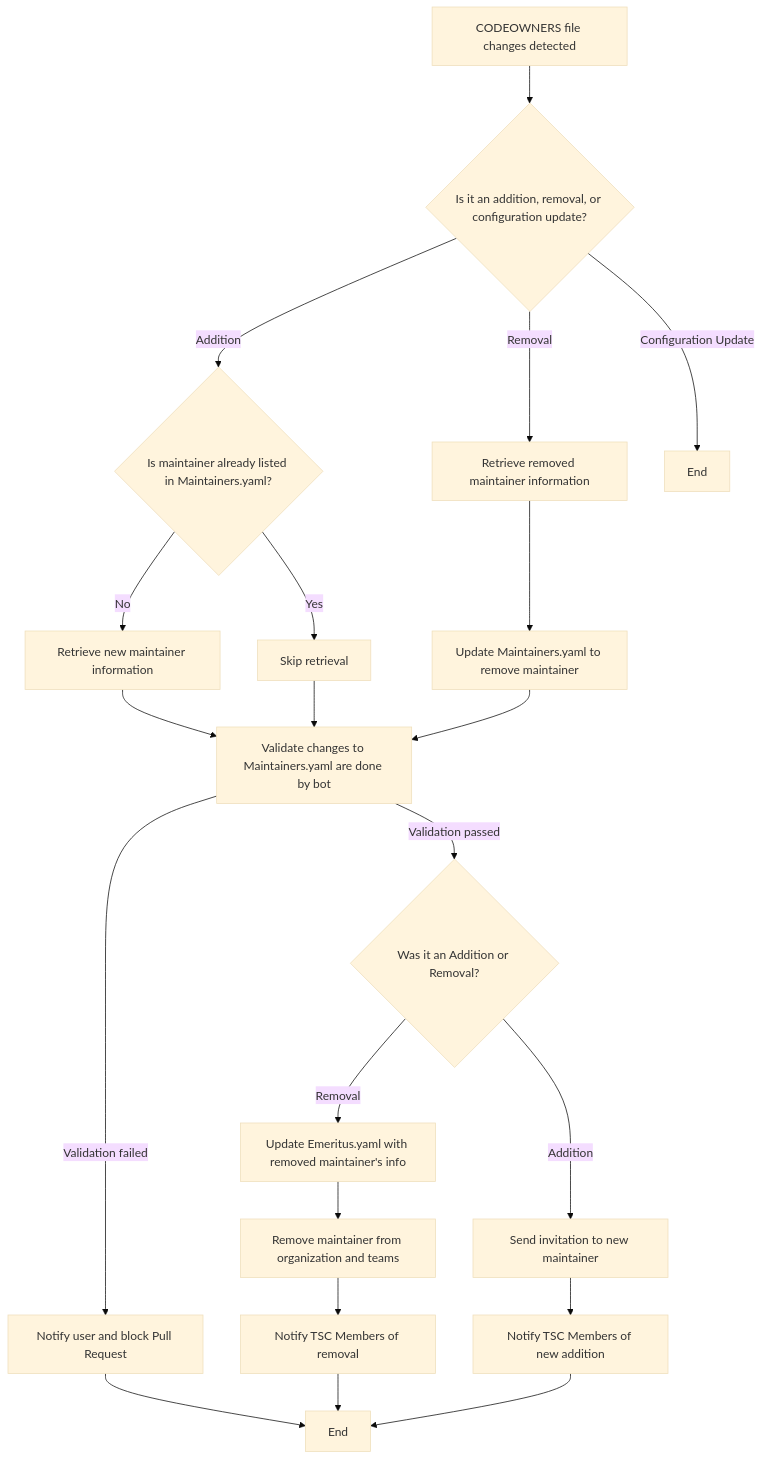
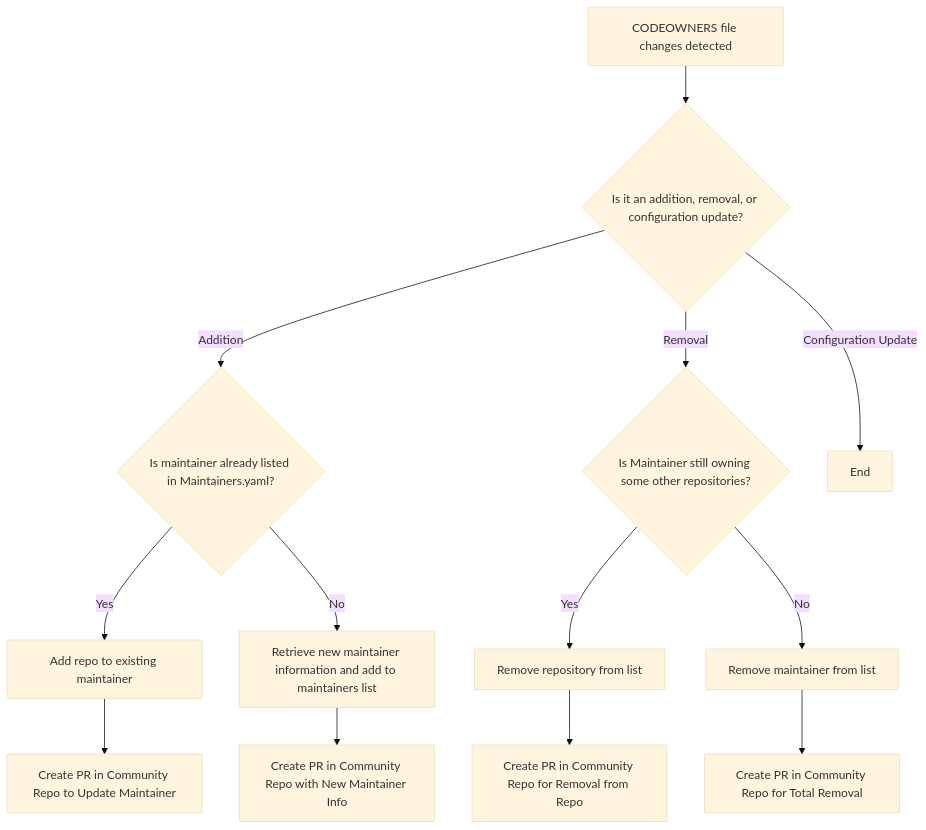
Diagram 11 of 12 in mentorship/summerofcode/2023/workflowautomation/README.md (asyncapi/community), drawn with Mermaid (base theme) before and after one commit.

Commit message:
minor fix in last flowchart

````diff
--- a/mentorship/summerofcode/2023/workflowautomation/README.md
+++ b/mentorship/summerofcode/2023/workflowautomation/README.md
@@ -216,31 +216,20 @@
 ```mermaid
 graph TD;
 A[CODEOWNERS file changes detected] --> B{Is it an addition, removal, or configuration update?};
 
 B --> |Addition| C{Is maintainer already listed in Maintainers.yaml?};
-B --> |Removal| D1[Retrieve removed maintainer information];
+B --> |Removal| R{Is Maintainer still owning some other repositories?};
 B --> |Configuration Update| X[End];
 
-C --> |No| C1[Retrieve new maintainer information];
-C --> |Yes| C2[Skip retrieval];
+C --> |Yes| C1[Add repo to existing maintainer];
+C --> |No| C2[Retrieve new maintainer information and add to maintainers list];
 
-C1 --> E[Validate changes to Maintainers.yaml are done by bot];
-C2 --> E;
+C1 --> PR2[Create PR in Community Repo to Update Maintainer];
+C2 --> PR3[Create PR in Community Repo with New Maintainer Info];
 
-D1 --> D2[Update Maintainers.yaml to remove maintainer];
-D2 --> E;
+R --> |Yes| R1[Remove repository from list];
+R --> |No| R2[Remove maintainer from list];
 
-E --> |Validation failed| F[Notify user and block Pull Request];
-E --> |Validation passed| G{Was it an Addition or Removal?};
-
-G --> |Addition| H[Send invitation to new maintainer];
-H --> I[Notify TSC Members of new addition];
-
-G --> |Removal| J1[Update Emeritus.yaml with removed maintainer's info];
-J1 --> J2[Remove maintainer from organization and teams];
-J2 --> J3[Notify TSC Members of removal];
-
-F --> K[End];
-J3 --> K;
-I --> K;
+R1 --> PR4[Create PR in Community Repo for Removal from Repo];
+R2 --> PR5[Create PR in Community Repo for Total Removal];
 ```
````
